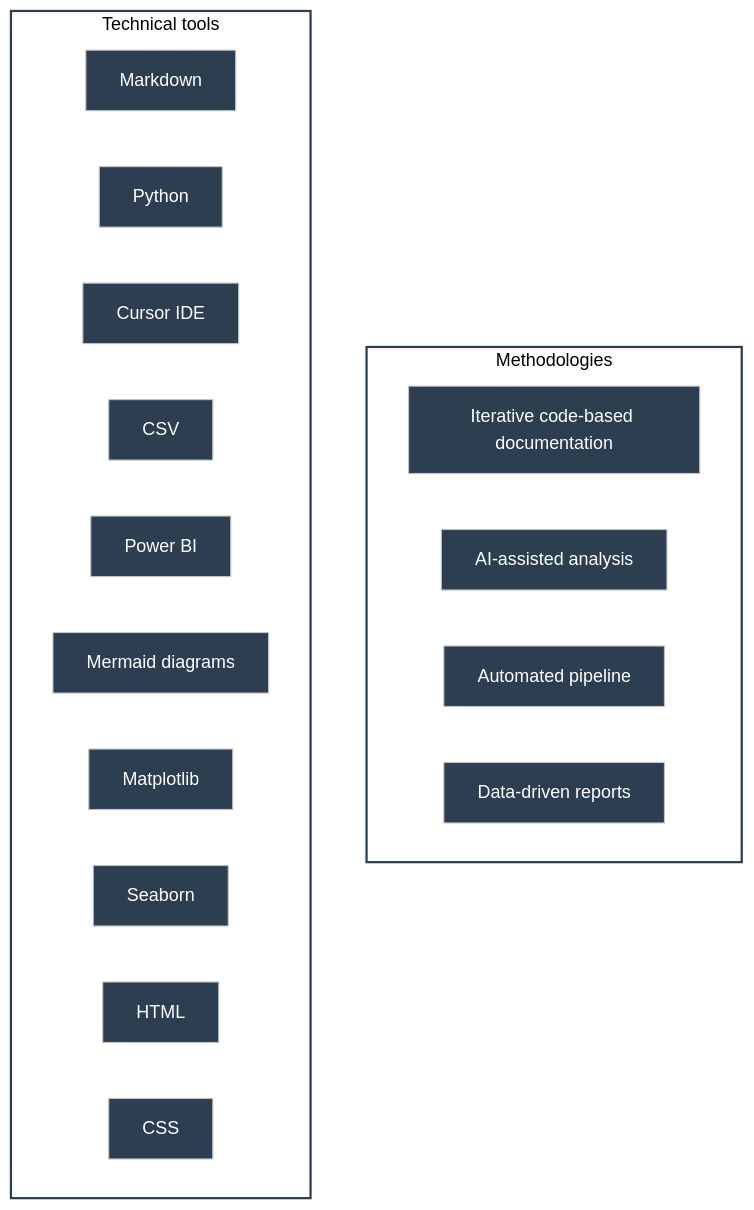
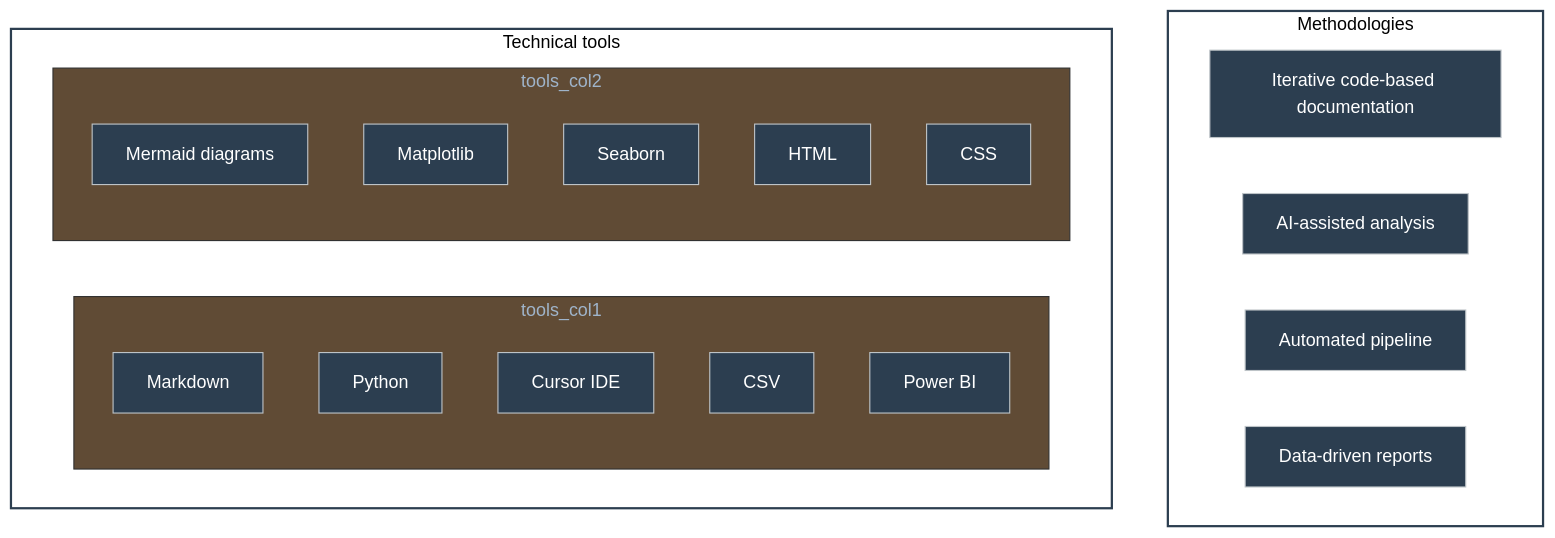
One commit to duducm2/my-personal-repo changed the third of 11 diagrams in portfolio/mermaid/diagrams.md. Above: the diagram before and after it, drawn with Mermaid.

Commit message:
Refactor Mermaid diagrams section in portfolio by organizing tools into two columns for improved readability and layout. Enhanced diagram structure to better represent technical tools used.

````diff
--- a/portfolio/mermaid/diagrams.md
+++ b/portfolio/mermaid/diagrams.md
@@ -53,24 +53,31 @@
 ```mermaid
 %%{init: {'theme': 'base', 'themeVariables': { 'primaryColor': '#2c3e50', 'primaryTextColor': '#fff', 'primaryBorderColor': '#bdc3c7', 'lineColor': '#2c3e50', 'fontFamily': 'Lato', 'subgraphBg': '#ffffff', 'subgraphBorder': '#2c3e50', 'subgraphTextColor': '#000000', 'subgraphTitleColor': '#000000'}}}%%
 flowchart TB
   subgraph methodologies [Methodologies]
     M1["Iterative code-based documentation"]
     M2["AI-assisted analysis"]
     M3["Automated pipeline"]
     M4["Data-driven reports"]
   end
   subgraph tools [Technical tools]
-    T1["Markdown"]
-    T2["Python"]
-    T3["Cursor IDE"]
-    T4["CSV"]
-    T5["Power BI"]
-    T6["Mermaid diagrams"]
-    T7["Matplotlib"]
-    T8["Seaborn"]
-    T9["HTML"]
-    T10["CSS"]
+    direction LR
+    subgraph tools_col1
+      direction TB
+      T1["Markdown"]
+      T2["Python"]
+      T3["Cursor IDE"]
+      T4["CSV"]
+      T5["Power BI"]
+    end
+    subgraph tools_col2
+      direction TB
+      T6["Mermaid diagrams"]
+      T7["Matplotlib"]
+      T8["Seaborn"]
+      T9["HTML"]
+      T10["CSS"]
+    end
   end
   style methodologies fill:#ffffff,stroke:#2c3e50,stroke-width:2px,color:#000000
   style tools fill:#ffffff,stroke:#2c3e50,stroke-width:2px,color:#000000
 ```
````
